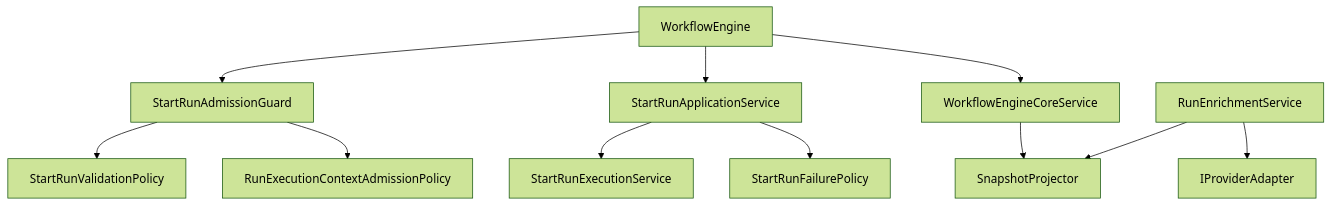
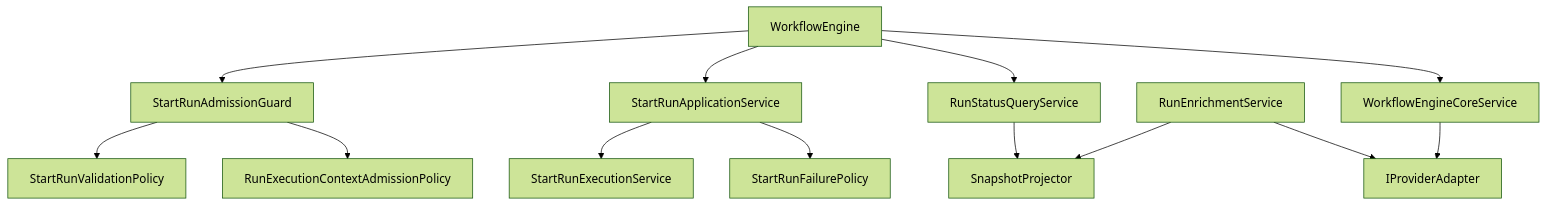
One commit to dunay2/dvt changed the second of 5 diagrams in docs/architecture/components/engine/architecture/workflow-engine-subsystem-context.md. Above: the diagram before and after it, drawn with Mermaid (forest theme). The commit also changed other lines of this file and 14 other files, not shown here.

Commit message:
refactor(engine): Split run status query from engine core

````diff
--- a/docs/architecture/components/engine/architecture/workflow-engine-subsystem-context.md
+++ b/docs/architecture/components/engine/architecture/workflow-engine-subsystem-context.md
@@ -130,13 +133,15 @@
 ```mermaid
 flowchart TB
   WF["WorkflowEngine"] --> Guard["StartRunAdmissionGuard"]
   WF --> Coord["StartRunApplicationService"]
+  WF --> Query["RunStatusQueryService"]
   WF --> Core["WorkflowEngineCoreService"]
+  Query --> Projector["SnapshotProjector"]
   Enrich["RunEnrichmentService"] --> Projector["SnapshotProjector"]
   Enrich --> Provider["IProviderAdapter"]
   Coord --> Exec["StartRunExecutionService"]
   Coord --> Fail["StartRunFailurePolicy"]
-  Core --> Projector["SnapshotProjector"]
+  Core --> Provider
   Guard --> Validation["StartRunValidationPolicy"]
   Guard --> RunCtxPolicy["RunExecutionContextAdmissionPolicy"]
 ```
````
